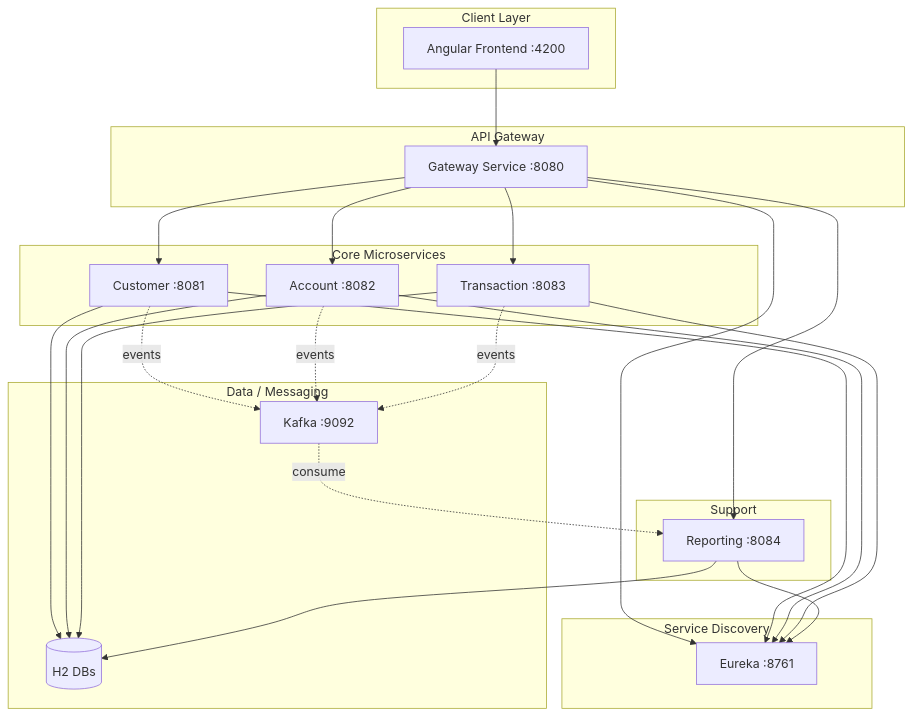
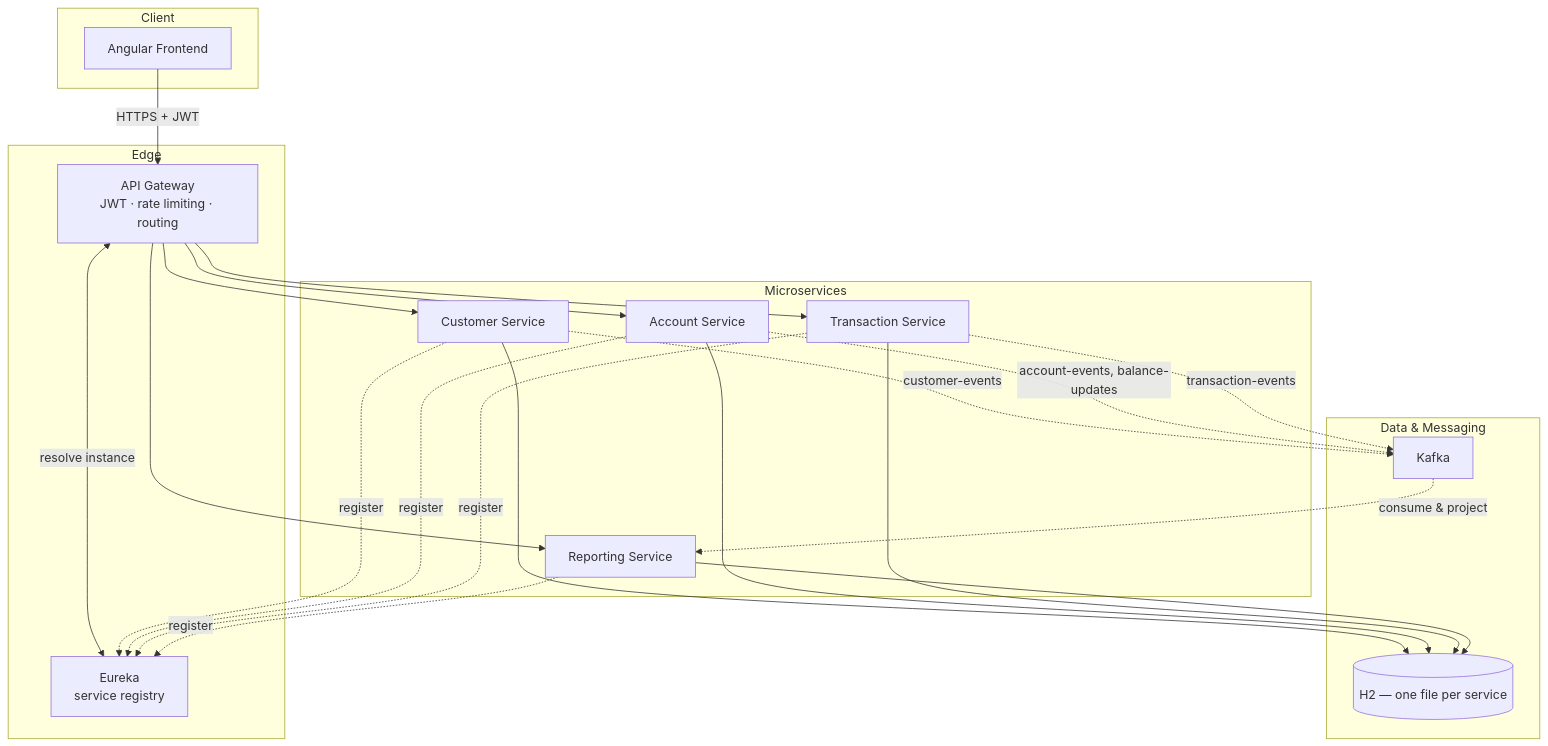
Before and after one commit to Abdelkrim7Be/E-Bank: the first of 3 diagrams in README.md, drawn with Mermaid. The commit also changed other lines of this file and 6 other files, not shown here.

Commit message:
Rewrite README with screenshots, Kafka and architecture explainers

````diff
--- a/README.md
+++ b/README.md
@@ -30,42 +143,35 @@
 ```mermaid
 flowchart TB
-    subgraph Client["Client Layer"]
-        FE[Angular Frontend :4200]
+    subgraph Client["Client"]
+        FE["Angular Frontend"]
     end
-    subgraph Gateway["API Gateway"]
-        GW[Gateway Service :8080]
+    subgraph Edge["Edge"]
+        GW["API Gateway<br/>JWT · rate limiting · routing"]
+        EU["Eureka<br/>service registry"]
     end
-    subgraph Discovery["Service Discovery"]
-        EU[Eureka :8761]
+    subgraph Services["Microservices"]
+        CS["Customer Service"]
+        AS["Account Service"]
+        TS["Transaction Service"]
+        RS["Reporting Service"]
     end
-    subgraph Core["Core Microservices"]
-        CS[Customer :8081]
-        AS[Account :8082]
-        TS[Transaction :8083]
+    subgraph Data["Data & Messaging"]
+        DB[("H2 — one file per service")]
+        KF["Kafka"]
     end
-    subgraph Support["Support"]
-        RS[Reporting :8084]
-    end
-    subgraph Data["Data / Messaging"]
-        H2[(H2 DBs)]
-        KF[Kafka :9092]
-    end
-    FE --> GW
-    GW --> EU
-    GW --> CS
-    GW --> AS
-    GW --> TS
-    GW --> RS
-    CS --> EU
-    AS --> EU
-    TS --> EU
-    RS --> EU
-    CS --> H2
-    AS --> H2
-    TS --> H2
-    RS --> H2
-    CS -.->|events| KF
-    AS -.->|events| KF
-    TS -.->|events| KF
-    KF -.->|consume| RS
+
+    FE -->|HTTPS + JWT| GW
+    GW <-->|resolve instance| EU
+    GW --> CS & AS & TS & RS
+    CS & AS & TS & RS -.->|register| EU
+
+    CS --> DB
+    AS --> DB
+    TS --> DB
+    RS --> DB
+
+    CS -.->|customer-events| KF
+    AS -.->|account-events, balance-updates| KF
+    TS -.->|transaction-events| KF
+    KF -.->|consume & project| RS
 ```
````
